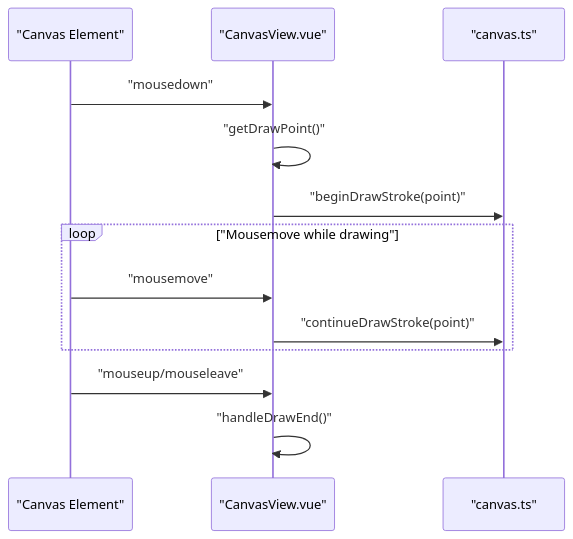
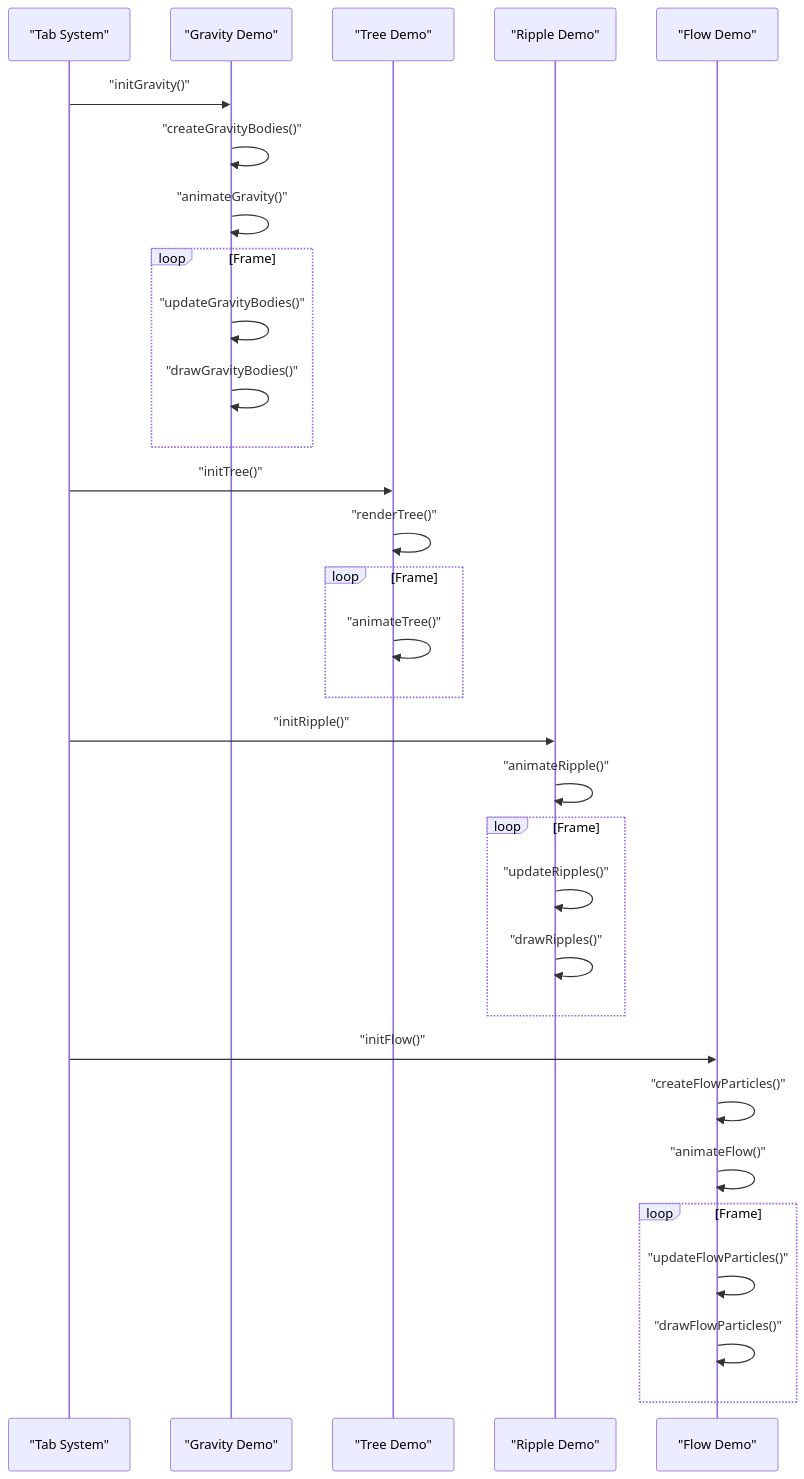
One commit to adminfyy/adminfyy.github.io changed the fourth of 7 diagrams in .qoder/repowiki/en/content/Interactive Applications/Canvas Drawing System.md. Above: the diagram before and after it, drawn with Mermaid. The commit also changed other lines of this file and 34 other files, not shown here.

````diff
--- a/.qoder/repowiki/en/content/Interactive Applications/Canvas Drawing System.md
+++ b/.qoder/repowiki/en/content/Interactive Applications/Canvas Drawing System.md
@@ -139,15 +221,33 @@
 ```mermaid
 sequenceDiagram
-participant DOM as "Canvas Element"
-participant VUE as "CanvasView.vue"
-participant UTIL as "canvas.ts"
-DOM->>VUE : "mousedown"
-VUE->>VUE : "getDrawPoint()"
-VUE->>UTIL : "beginDrawStroke(point)"
-loop "Mousemove while drawing"
-DOM->>VUE : "mousemove"
-VUE->>UTIL : "continueDrawStroke(point)"
+participant TAB as "Tab System"
+participant GRAV as "Gravity Demo"
+participant TREE as "Tree Demo"
+participant RIP as "Ripple Demo"
+participant FLOW as "Flow Demo"
+TAB->>GRAV : "initGravity()"
+GRAV->>GRAV : "createGravityBodies()"
+GRAV->>GRAV : "animateGravity()"
+loop Frame
+GRAV->>GRAV : "updateGravityBodies()"
+GRAV->>GRAV : "drawGravityBodies()"
 end
-DOM->>VUE : "mouseup/mouseleave"
-VUE->>VUE : "handleDrawEnd()"
+TAB->>TREE : "initTree()"
+TREE->>TREE : "renderTree()"
+loop Frame
+TREE->>TREE : "animateTree()"
+end
+TAB->>RIP : "initRipple()"
+RIP->>RIP : "animateRipple()"
+loop Frame
+RIP->>RIP : "updateRipples()"
+RIP->>RIP : "drawRipples()"
+end
+TAB->>FLOW : "initFlow()"
+FLOW->>FLOW : "createFlowParticles()"
+FLOW->>FLOW : "animateFlow()"
+loop Frame
+FLOW->>FLOW : "updateFlowParticles()"
+FLOW->>FLOW : "drawFlowParticles()"
+end
 ```
````
